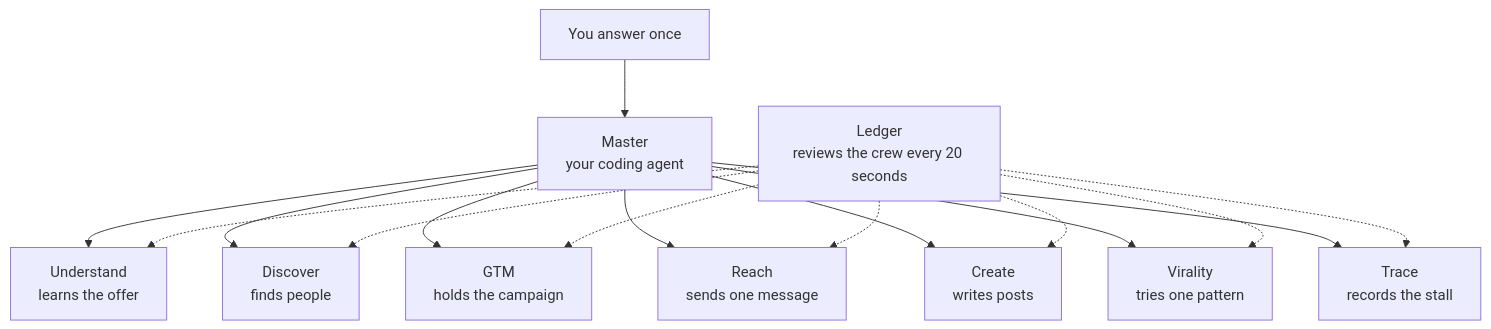
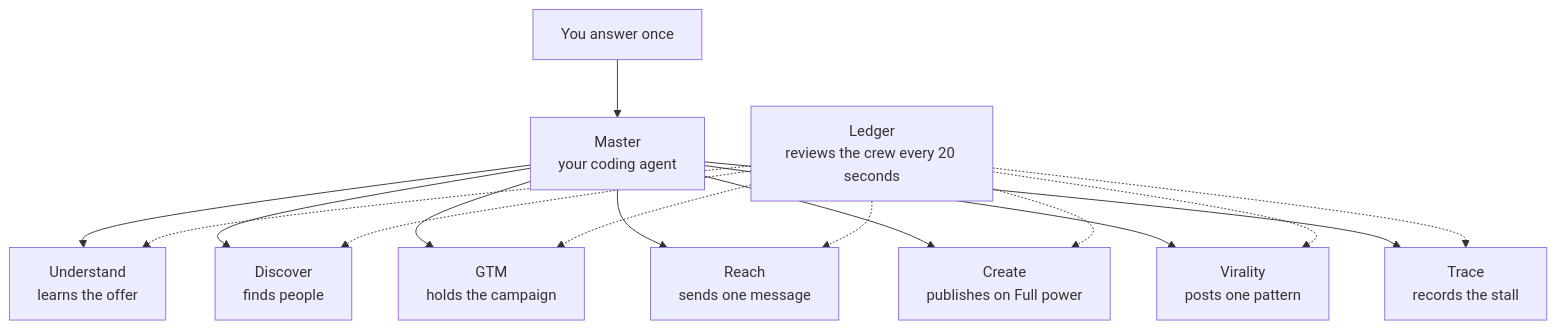
One commit to maazbin/leadline changed the first of 3 diagrams in README.md. Above: the diagram before and after it, drawn with Mermaid. The commit also changed other lines of this file and 25 other files, not shown here.

First line of the commit message:
Let full power write the note, send it, and post it.

````diff
--- a/README.md
+++ b/README.md
@@ -81,18 +83,18 @@
 ```mermaid
 flowchart TB
   you["You answer once"] --> master["Master<br/>your coding agent"]
   master --> understand["Understand<br/>learns the offer"]
   master --> discover["Discover<br/>finds people"]
   master --> gtm["GTM<br/>holds the campaign"]
   master --> reach["Reach<br/>sends one message"]
-  master --> create["Create<br/>writes posts"]
-  master --> virality["Virality<br/>tries one pattern"]
+  master --> create["Create<br/>publishes on Full power"]
+  master --> virality["Virality<br/>posts one pattern"]
   master --> trace["Trace<br/>records the stall"]
   ledger["Ledger<br/>reviews the crew every 20 seconds"] -.-> understand
   ledger -.-> discover
   ledger -.-> gtm
   ledger -.-> reach
   ledger -.-> create
   ledger -.-> virality
   ledger -.-> trace
 ```
````
